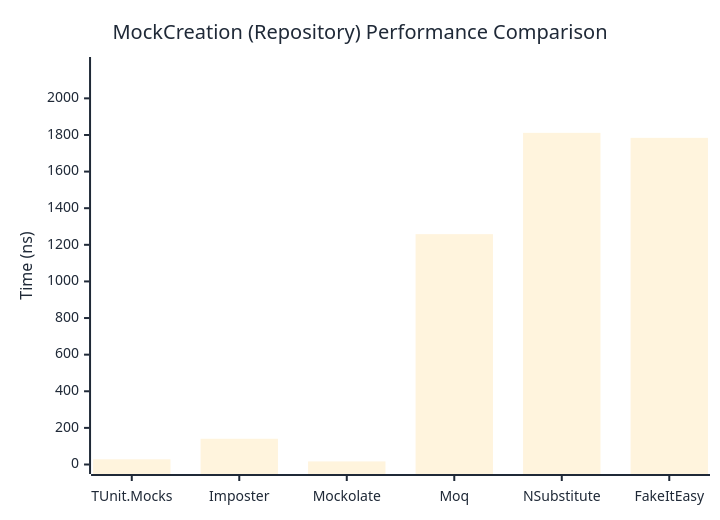
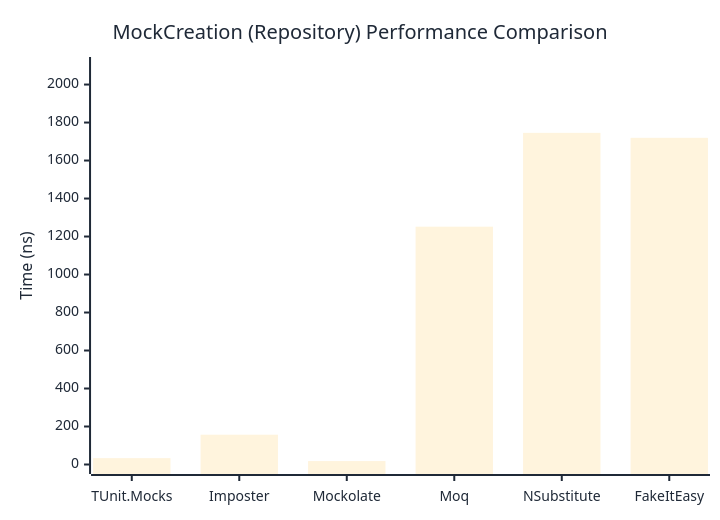
Before and after one commit to thomhurst/TUnit: the second of 2 diagrams in docs/docs/benchmarks/mocks/MockCreation.md, drawn with Mermaid. The commit also changed other lines of this file and 14 other files, not shown here.

````diff
--- a/docs/docs/benchmarks/mocks/MockCreation.md
+++ b/docs/docs/benchmarks/mocks/MockCreation.md
@@ -71,27 +71,27 @@
 ```mermaid
 %%{init: {
   'theme':'base',
   'themeVariables': {
     'primaryColor': '#2563eb',
     'primaryTextColor': '#1f2937',
     'primaryBorderColor': '#1e40af',
     'lineColor': '#6b7280',
     'secondaryColor': '#7c3aed',
     'tertiaryColor': '#dc2626',
     'background': '#ffffff',
     'pie1': '#2563eb',
     'pie2': '#7c3aed',
     'pie3': '#dc2626',
     'pie4': '#f59e0b',
     'pie5': '#10b981',
     'pie6': '#06b6d4',
     'pie7': '#ec4899',
     'pie8': '#6366f1'
   }
 }}%%
 xychart-beta
   title "MockCreation (Repository) Performance Comparison"
   x-axis ["TUnit.Mocks", "Imposter", "Mockolate", "Moq", "NSubstitute", "FakeItEasy"]
-  y-axis "Time (ns)" 0 --> 2174
-  bar [28.33, 140.52, 16.85, 1258.18, 1811.61, 1784.25]
+  y-axis "Time (ns)" 0 --> 2095
+  bar [33.53, 156.85, 18.04, 1251.86, 1745.73, 1719.53]
 ```
````
